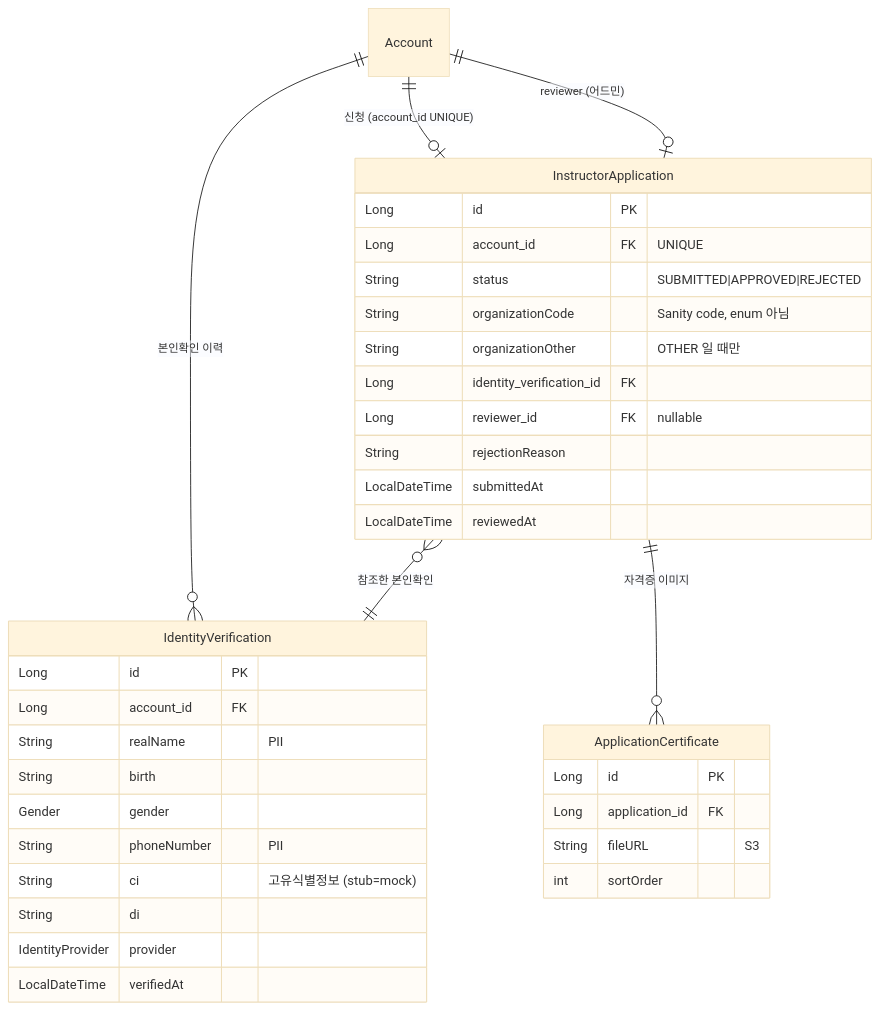
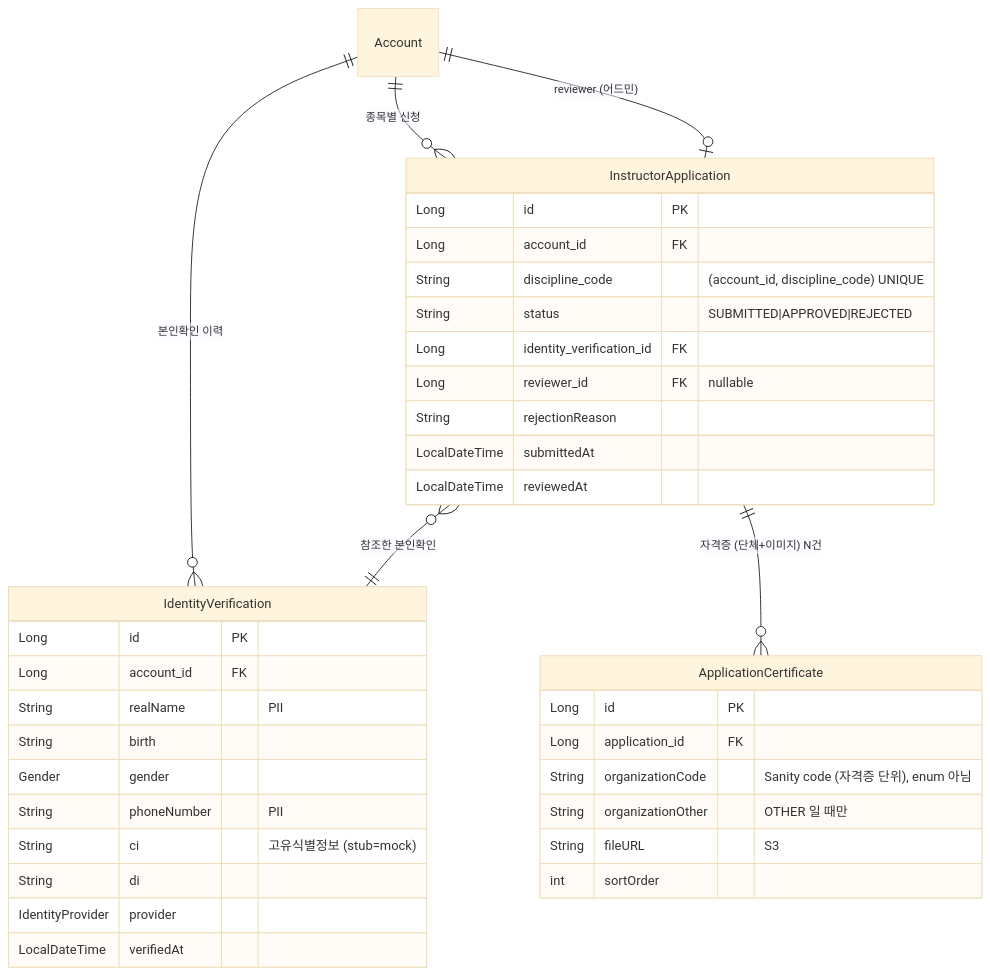
Before and after one commit to pungdong/Pungdong-Backend: the fourth of 4 diagrams in docs/architecture/instructor-application.md, drawn with Mermaid (base theme). The commit also changed other lines of this file and 5 other files, not shown here.

````diff
--- a/docs/architecture/instructor-application.md
+++ b/docs/architecture/instructor-application.md
@@ -133,39 +135,40 @@
 ```mermaid
 erDiagram
-    Account ||--o| InstructorApplication : "신청 (account_id UNIQUE)"
+    Account ||--o{ InstructorApplication : "종목별 신청"
     Account ||--o{ IdentityVerification : "본인확인 이력"
     InstructorApplication }o--|| IdentityVerification : "참조한 본인확인"
-    InstructorApplication ||--o{ ApplicationCertificate : "자격증 이미지"
+    InstructorApplication ||--o{ ApplicationCertificate : "자격증 (단체+이미지) N건"
     Account ||--o| InstructorApplication : "reviewer (어드민)"
 
     InstructorApplication {
         Long id PK
-        Long account_id FK "UNIQUE"
+        Long account_id FK
+        String discipline_code "(account_id, discipline_code) UNIQUE"
         String status "SUBMITTED|APPROVED|REJECTED"
-        String organizationCode "Sanity code, enum 아님"
-        String organizationOther "OTHER 일 때만"
         Long identity_verification_id FK
         Long reviewer_id FK "nullable"
         String rejectionReason
         LocalDateTime submittedAt
         LocalDateTime reviewedAt
     }
     ApplicationCertificate {
         Long id PK
         Long application_id FK
+        String organizationCode "Sanity code (자격증 단위), enum 아님"
+        String organizationOther "OTHER 일 때만"
         String fileURL "S3"
         int sortOrder
     }
     IdentityVerification {
         Long id PK
         Long account_id FK
         String realName "PII"
         String birth
         Gender gender
         String phoneNumber "PII"
         String ci "고유식별정보 (stub=mock)"
         String di
         IdentityProvider provider
         LocalDateTime verifiedAt
     }
 ```
````
